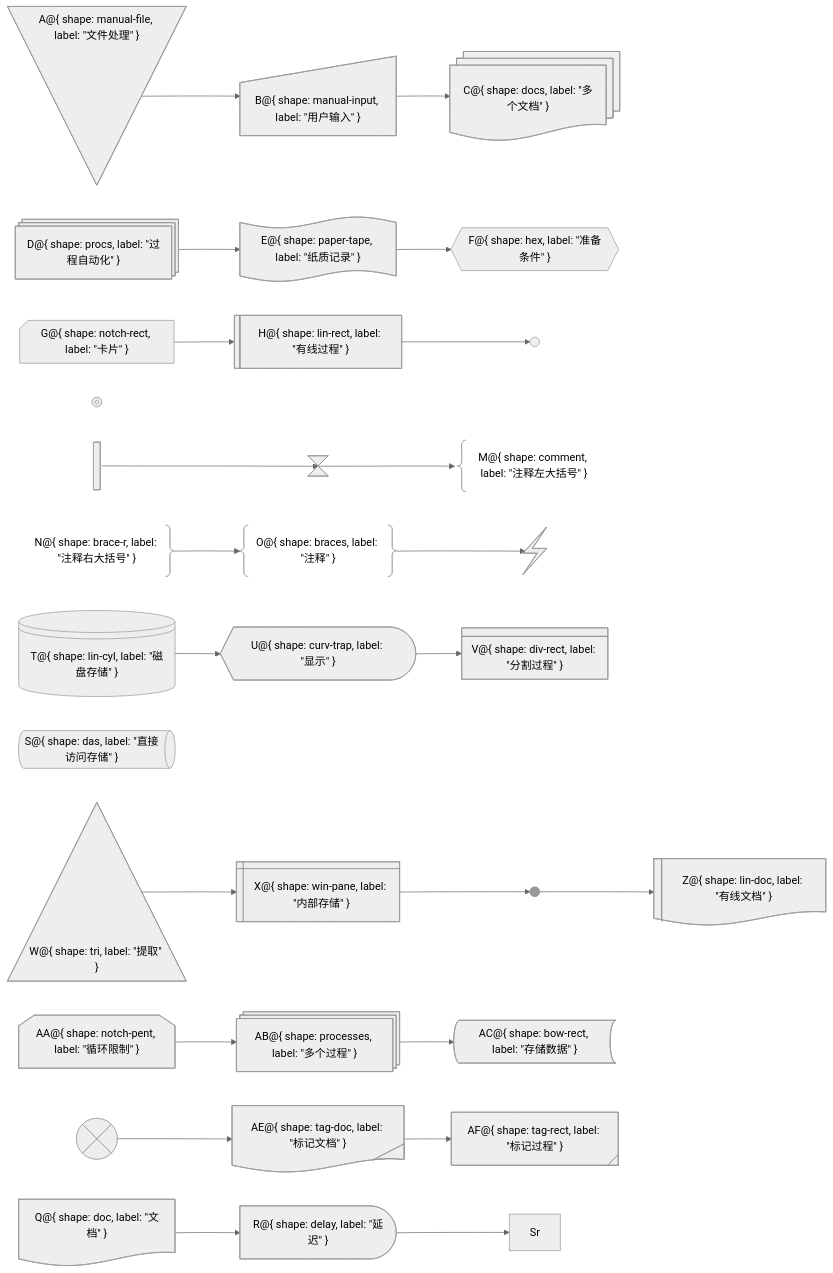
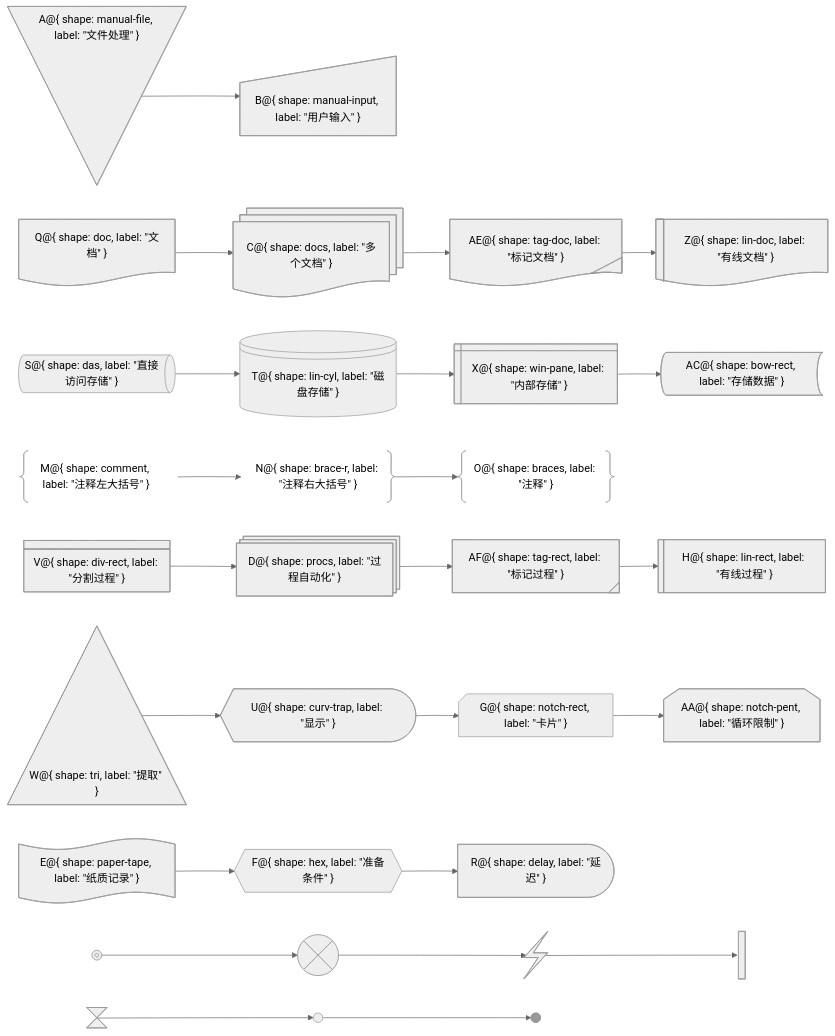
The fifth of 10 diagrams in _posts/2025-09-02-jekyll_plugin.md (liulong0125/liulong0125.github.io), drawn with Mermaid (neutral theme) before and after one commit. The commit also changed other lines of this file and 5 other files, not shown here.

Commit message:
流程图

````diff
--- a/_posts/2025-09-02-jekyll_plugin.md
+++ b/_posts/2025-09-02-jekyll_plugin.md
@@ -163,50 +179,55 @@
 ```mermaid
 flowchart LR
   A@{ shape: manual-file, label: "A@{ shape: manual-file, label: \"文件处理\" }" }
   B@{ shape: manual-input, label: "B@{ shape: manual-input, label: \"用户输入\" }" }
-  C@{ shape: docs, label: "C@{ shape: docs, label: \"多个文档\" }" }
-  D@{ shape: procs, label: "D@{ shape: procs, label: \"过程自动化\" }" }
-  E@{ shape: paper-tape, label: "E@{ shape: paper-tape, label: \"纸质记录\" }" }
-  F@{ shape: hex, label: "F@{ shape: hex, label: \"准备条件\" }" }
+
+  C@{ shape: doc, label: "Q@{ shape: doc, label: \"文档\" }" }
+  D@{ shape: docs, label: "C@{ shape: docs, label: \"多个文档\" }" }
+  E@{ shape: tag-doc, label: "AE@{ shape: tag-doc, label: \"标记文档\" }" }
+  F@{ shape: lin-doc, label: "Z@{ shape: lin-doc, label: \"有线文档\" }" }
 
 
-  G@{ shape: notch-rect, label: "G@{ shape: notch-rect, label: \"卡片\" }" }
-  H@{ shape: lin-rect, label: "H@{ shape: lin-rect, label: \"有线过程\" }" }
-  I@{ shape: sm-circ, label: "I@{ shape: sm-circ, label: \"小开始\" }" }
-  J@{ shape: framed-circle, label: "J@{ shape: framed-circle, label: \"停止\" }" }
-  K@{ shape: fork, label: "K@{ shape: fork, label: \"分叉或合并\" }" }
-  L@{ shape: hourglass, label: "L@{ shape: hourglass, label: \"整理\" }" }
-  M@{ shape: comment, label: "M@{ shape: comment, label: \"注释左大括号\" }" }
-  N@{ shape: brace-r, label: "N@{ shape: brace-r, label: \"注释右大括号\" }" }
-  O@{ shape: braces, label: "O@{ shape: braces, label: \"注释\" }" }
-  P@{ shape: bolt, label: "P@{ shape: bolt, label: \"通信链接\" }" }
-  Q@{ shape: doc, label: "Q@{ shape: doc, label: \"文档\" }" }
-  R@{ shape: delay, label: "R@{ shape: delay, label: \"延迟\" }" }
-  S@{ shape: das, label: "S@{ shape: das, label: \"直接访问存储\" }" }
-  T@{ shape: lin-cyl, label: "T@{ shape: lin-cyl, label: \"磁盘存储\" }" }
-  U@{ shape: curv-trap, label: "U@{ shape: curv-trap, label: \"显示\" }" }
-  V@{ shape: div-rect, label: "V@{ shape: div-rect, label: \"分割过程\" }" }
-  W@{ shape: tri, label: "W@{ shape: tri, label: \"提取\" }" }
-  X@{ shape: win-pane, label: "X@{ shape: win-pane, label: \"内部存储\" }" }
-  Y@{ shape: f-circ, label: "Y@{ shape: f-circ, label: \"交点\" }" }
-  Z@{ shape: lin-doc, label: "Z@{ shape: lin-doc, label: \"有线文档\" }" }
-  AA@{ shape: notch-pent, label: "AA@{ shape: notch-pent, label: \"循环限制\" }" }
-  AB@{ shape: processes, label: "AB@{ shape: processes, label: \"多个过程\" }" }
-  AC@{ shape: bow-rect, label: "AC@{ shape: bow-rect, label: \"存储数据\" }" }
-  AD@{ shape: cross-circ, label: "AD@{ shape: cross-circ, label: \"总结\" }" }
-  AE@{ shape: tag-doc, label: "AE@{ shape: tag-doc, label: \"标记文档\" }" }
-  AF@{ shape: tag-rect, label: "AF@{ shape: tag-rect, label: \"标记过程\" }" }
+  G@{ shape: das, label: "S@{ shape: das, label: \"直接访问存储\" }" }
+  H@{ shape: lin-cyl, label: "T@{ shape: lin-cyl, label: \"磁盘存储\" }" }
+  I@{ shape: win-pane, label: "X@{ shape: win-pane, label: \"内部存储\" }" }
+  J@{ shape: bow-rect, label: "AC@{ shape: bow-rect, label: \"存储数据\" }" }
+
+  K@{ shape: comment, label: "M@{ shape: comment, label: \"注释左大括号\" }" }
+  L@{ shape: brace-r, label: "N@{ shape: brace-r, label: \"注释右大括号\" }" }
+  M@{ shape: braces, label: "O@{ shape: braces, label: \"注释\" }" }
+
+  N@{ shape: div-rect, label: "V@{ shape: div-rect, label: \"分割过程\" }" }
+  O@{ shape: procs, label: "D@{ shape: procs, label: \"过程自动化\" }" }
+  P@{ shape: tag-rect, label: "AF@{ shape: tag-rect, label: \"标记过程\" }" }
+  Q@{ shape: lin-rect, label: "H@{ shape: lin-rect, label: \"有线过程\" }" }
+
+  R@{ shape: tri, label: "W@{ shape: tri, label: \"提取\" }" }
+  S@{ shape: curv-trap, label: "U@{ shape: curv-trap, label: \"显示\" }" }
+  T@{ shape: notch-rect, label: "G@{ shape: notch-rect, label: \"卡片\" }" }
+  U@{ shape: notch-pent, label: "AA@{ shape: notch-pent, label: \"循环限制\" }" }
+
+  V@{ shape: paper-tape, label: "E@{ shape: paper-tape, label: \"纸质记录\" }" }
+  W@{ shape: hex, label: "F@{ shape: hex, label: \"准备条件\" }" } 
+  X@{ shape: delay, label: "R@{ shape: delay, label: \"延迟\" }" }
+
+  Y@{ shape: framed-circle, label: "J@{ shape: framed-circle, label: \"停止\" }" }
+  Z@{ shape: cross-circ, label: "AD@{ shape: cross-circ, label: \"总结\" }" }
+  AA@{ shape: bolt, label: "P@{ shape: bolt, label: \"通信链接\" }" }
+  AB@{ shape: fork, label: "K@{ shape: fork, label: \"分叉或合并\" }" }
+
+  AC@{ shape: hourglass, label: "L@{ shape: hourglass, label: \"整理\" }" }
+  AD@{ shape: sm-circ, label: "I@{ shape: sm-circ, label: \"小开始\" }" }
+  AE@{ shape: f-circ, label: "Y@{ shape: f-circ, label: \"交点\" }" }
 
 
-  A --> B --> C
-  D --> E --> F
-  G --> H --> I
+  
+  A --> B
+  C --> D --> E --> F
+  G --> H --> I --> J
   K --> L --> M
-  N --> O --> P
-  Q --> R --> Sr
-  T --> U --> V
-  W --> X --> Y --> Z
-
-  AA --> AB --> AC
-  AD --> AE --> AF
+  N --> O --> P --> Q
+  R --> S --> T --> U
+  V --> W --> X
+  Y --> Z --> AA --> AB
+  AC --> AD --> AE
 ```
````
